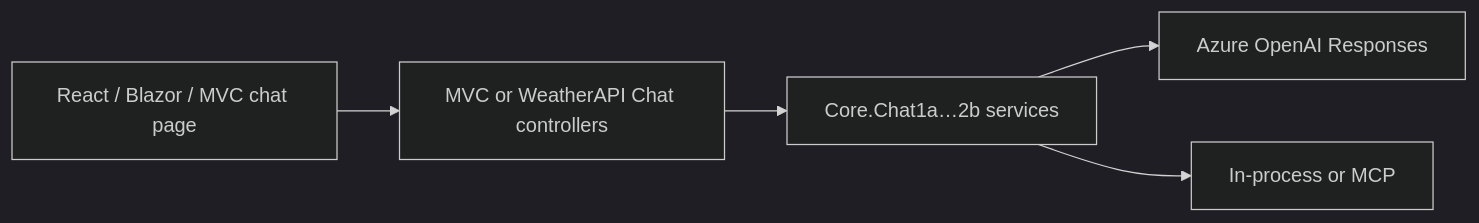
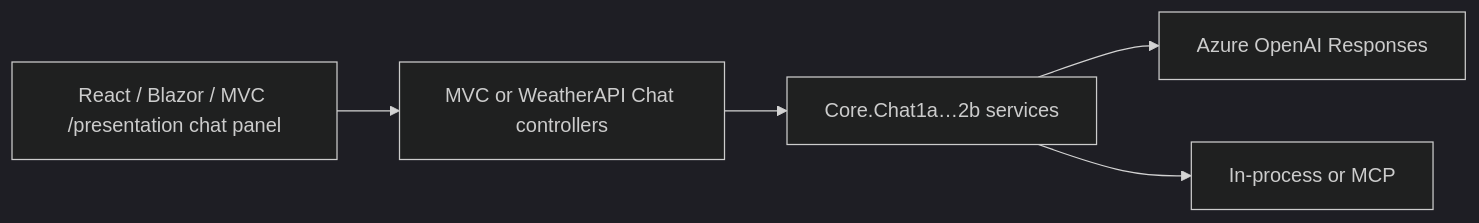
One commit to dustinkorzaan/weather-1116 changed the first of 2 diagrams in docs/architecture.md. Above: the diagram before and after it, drawn with Mermaid (dark theme). The commit also changed other lines of this file and 65 other files, not shown here.

First line of the commit message:
Redesign all three UIs: Tailwind+shadcn (React), Fluent UI (Blazor), hand-written CSS (MVC) (#154)

````diff
--- a/docs/architecture.md
+++ b/docs/architecture.md
@@ -78,13 +78,13 @@
 ```mermaid
 flowchart LR
-  UI[React / Blazor / MVC chat page]
+  UI[React / Blazor / MVC /presentation chat panel]
   API[MVC or WeatherAPI Chat controllers]
   Core[Core.Chat1a…2b services]
   Model[Azure OpenAI Responses]
   Tools[In-process or MCP]
 
   UI --> API
   API --> Core
   Core --> Model
   Core --> Tools
 ```
````
